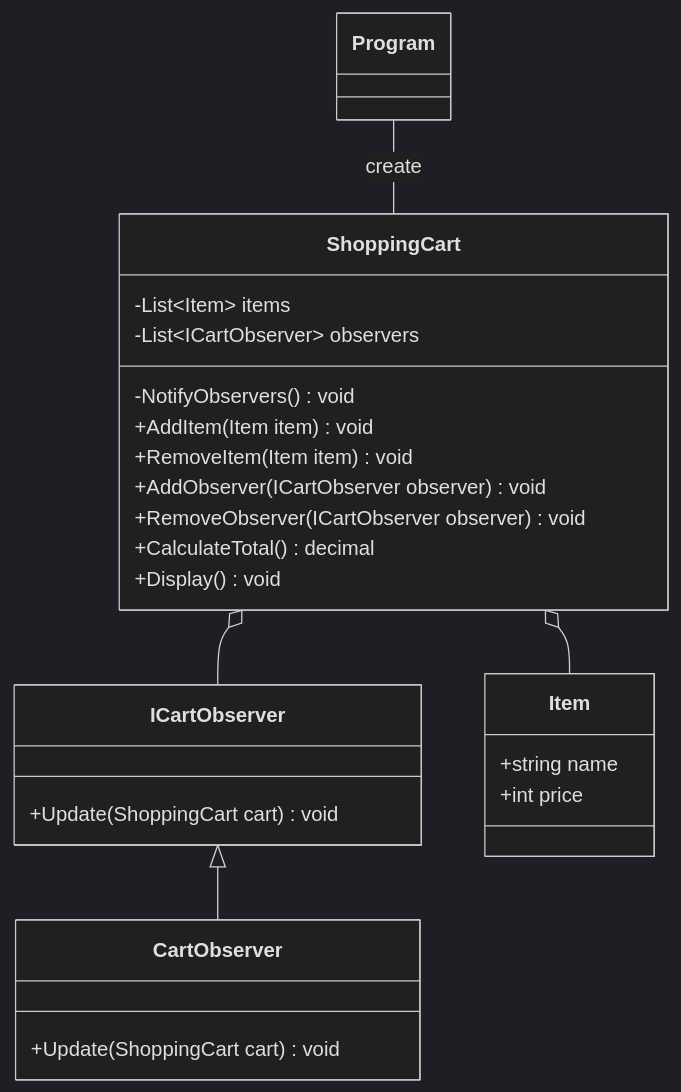
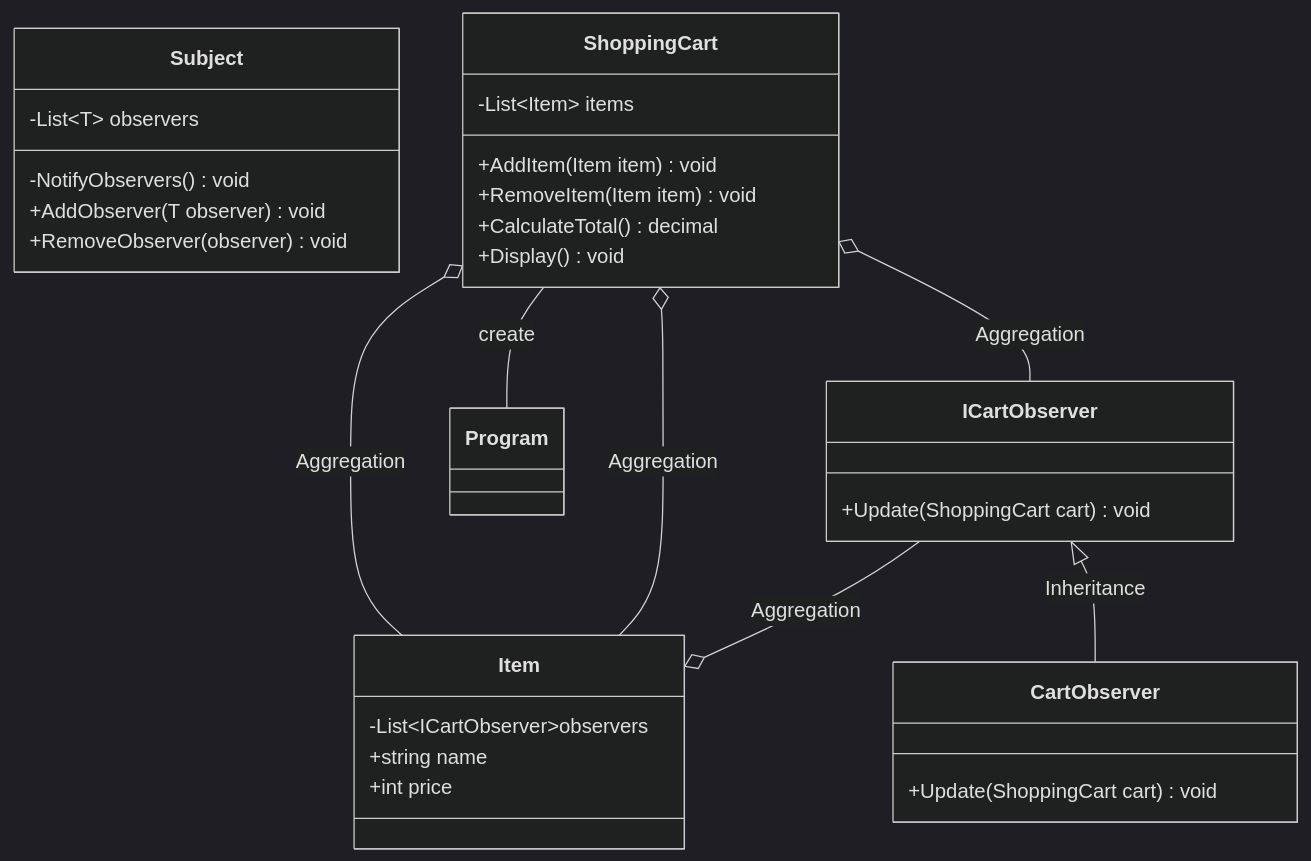
One commit to 0123takaokeita/design_patterns changed the diagram in Observer/README.md. Above: the diagram before and after it, drawn with Mermaid (dark theme). The commit also changed other lines of this file and 2 other files, not shown here.

````diff
--- a/Observer/README.md
+++ b/Observer/README.md
@@ -16,29 +18,35 @@
 ```mermaid
 classDiagram
     class ICartObserver {
         +Update(ShoppingCart cart) void
     }
     class CartObserver {
         +Update(ShoppingCart cart) void
     }
     class Item {
+        -List~ICartObserver~observers
         +string name
         +int price
     }
+    class Subject{
+        -List~T~ observers
+        -NotifyObservers() void
+        +AddObserver(T observer) void
+        +RemoveObserver(observer) void
+    }
+    
     class ShoppingCart{
         -List~Item~ items
-        -List~ICartObserver~ observers
-        -NotifyObservers() void
         +AddItem(Item item) void
         +RemoveItem(Item item) void
-        +AddObserver(ICartObserver observer) void
-        +RemoveObserver(ICartObserver observer) void
         +CalculateTotal() decimal
         +Display() void
     }
     
-    ShoppingCart o-- ICartObserver
-    ShoppingCart o-- Item
-    ICartObserver <|-- CartObserver
-    Program -- ShoppingCart : create
+    ShoppingCart  o-- ICartObserver : Aggregation
+    ShoppingCart  o-- Item : Aggregation
+    ShoppingCart  o-- Item : Aggregation
+    ICartObserver --o Item : Aggregation
+    ICartObserver <|-- CartObserver : Inheritance
+    ShoppingCart  -- Program : create 
 ```
````
